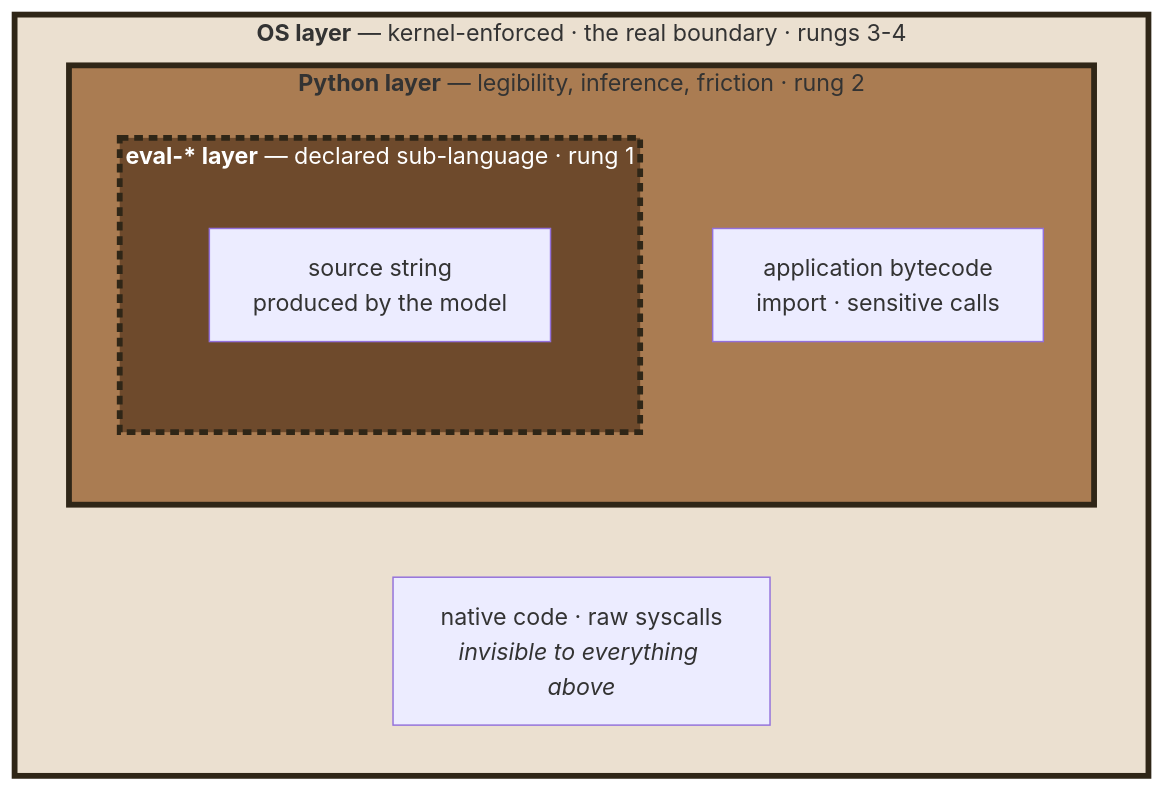
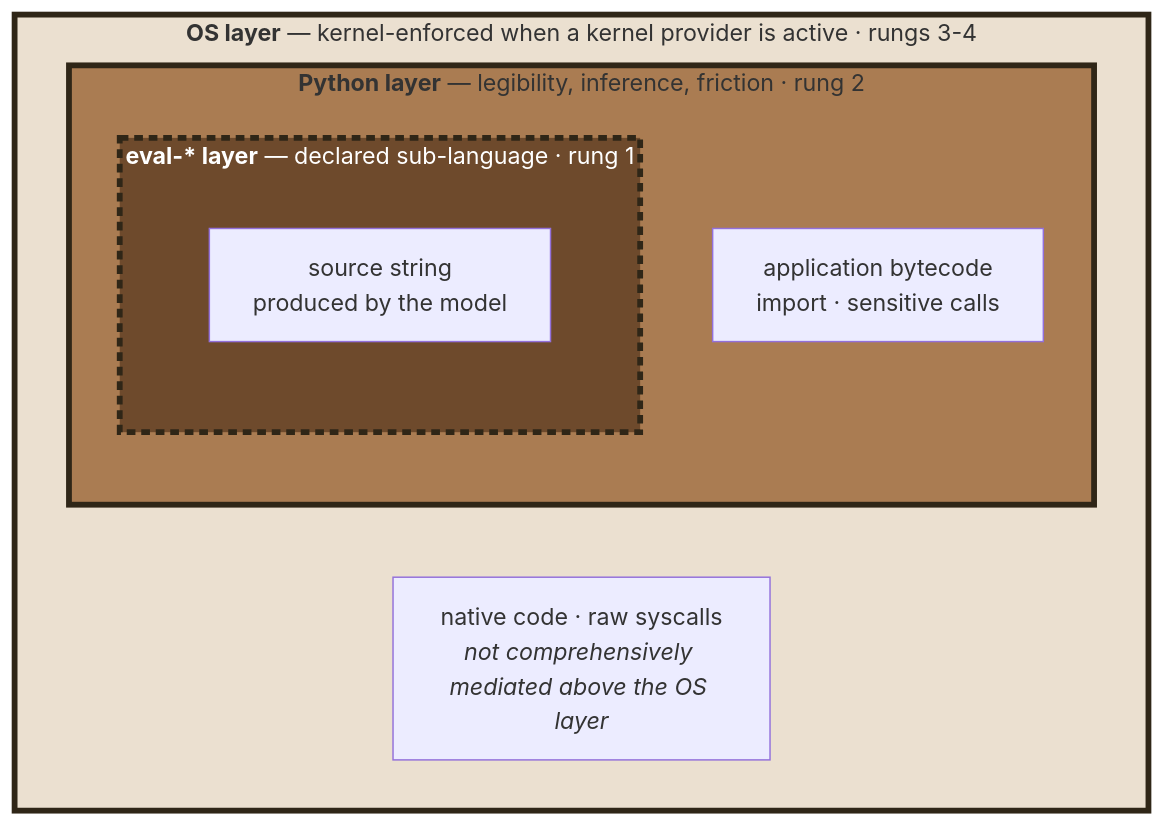
Before and after one commit to pprados/pysandboxes: the third of 7 diagrams in research/confining-python-by-observation.md, drawn with Mermaid. The commit also changed other lines of this file, not shown here.

````diff
--- a/research/confining-python-by-observation.md
+++ b/research/confining-python-by-observation.md
@@ -186,17 +183,17 @@
 ```mermaid
 %% caption: The three layers nest; none of them substitutes for another
 flowchart TB
-    subgraph OS["<b>OS layer</b> — kernel-enforced · the real boundary · rungs 3-4"]
+    subgraph OS["<b>OS layer</b> — kernel-enforced when a kernel provider is active · rungs 3-4"]
         subgraph PY["<b>Python layer</b> — legibility, inference, friction · rung 2"]
             subgraph EV["<b>eval-* layer</b> — declared sub-language · rung 1"]
                 SRC["source string<br/>produced by the model"]
             end
             BC["application bytecode<br/>import · sensitive calls"]
         end
-        NAT["native code · raw syscalls<br/><i>invisible to everything above</i>"]
+        NAT["native code · raw syscalls<br/><i>not comprehensively mediated above the OS layer</i>"]
     end
 
 style OS fill:#ebe0d0,stroke:#2f2617,stroke-width:4px
 style PY fill:#aa7c52,stroke:#2f2617,stroke-width:4px
 style EV fill:#6e4a2c,stroke:#2f2617,stroke-width:4px,stroke-dasharray:6 4,color:#ffffff
 ```
````
